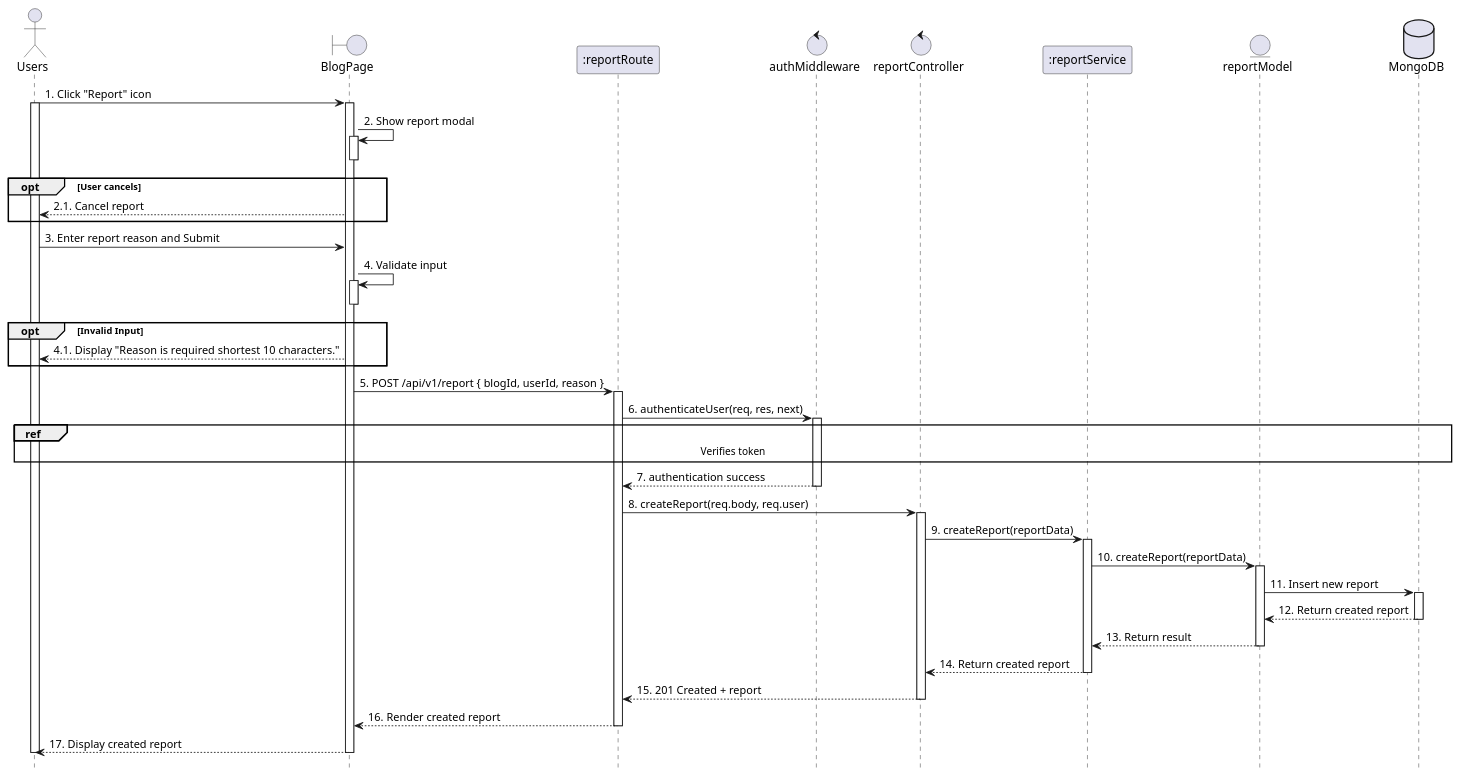
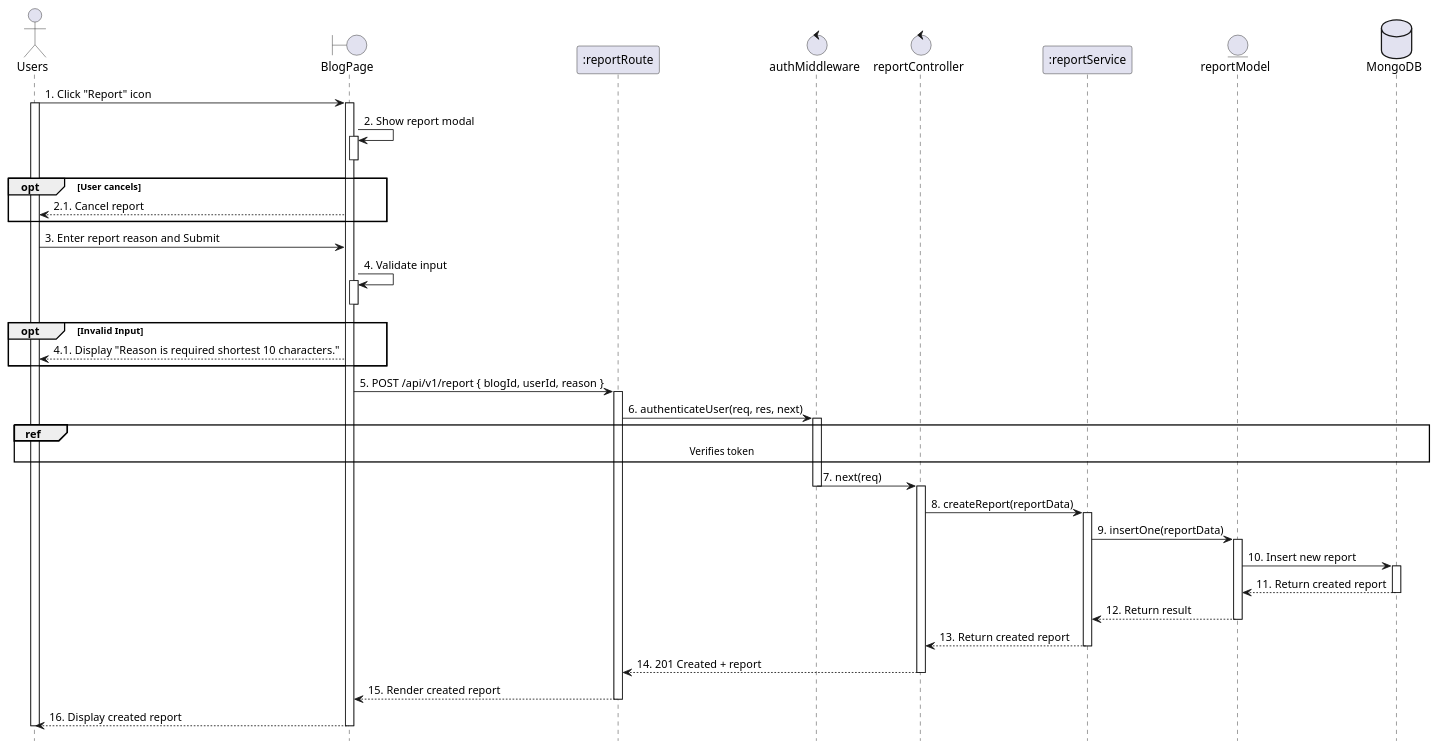
Before and after one commit to VietDurian/VietDurian: the diagram in planuml/web/19.1_createReport.puml, drawn with PlantUML. The commit also changed 18 other files, not shown here.

```diff
--- a/planuml/web/19.1_createReport.puml
+++ b/planuml/web/19.1_createReport.puml
@@ -1,73 +1,70 @@
 @startuml CreateReport
 
 actor User as "Users"
 boundary "BlogPage" as View 
 participant ":reportRoute" as Route 
 control "authMiddleware" as Auth 
 control "reportController" as Controller 
 participant ":reportService" as Service 
 entity "reportModel" as Model 
 database "MongoDB" as MongoDB 
 hide footbox
 
     User -> View: 1. Click "Report" icon 
     activate User
     activate View
 
     View -> View: 2. Show report modal
     activate View
     deactivate View
         opt User cancels
         View --> User: 2.1. Cancel report
     end
 
     User -> View: 3. Enter report reason and Submit
     View -> View: 4. Validate input
     activate View
     deactivate View
     opt Invalid Input
         View --> User: 4.1. Display "Reason is required shortest 10 characters."
     end
 
     View -> Route: 5. POST /api/v1/report { blogId, userId, reason }
     activate Route
     Route -> Auth: 6. authenticateUser(req, res, next)
     activate Auth
     ref over User, MongoDB : Verifies token
 
-
-    Auth --> Route: 7. authentication success
+    Auth -> Controller: 7. next(req)
     deactivate Auth
-
-    Route -> Controller: 8. createReport(req.body, req.user)
     activate Controller
 
-    Controller -> Service: 9. createReport(reportData)
+    Controller -> Service: 8. createReport(reportData)
     activate Service
 
-    Service -> Model: 10. createReport(reportData)
+    Service -> Model: 9. insertOne(reportData)
     activate Model
 
-    Model -> MongoDB: 11. Insert new report
+    Model -> MongoDB: 10. Insert new report
     activate MongoDB
-    MongoDB --> Model: 12. Return created report
+    MongoDB --> Model: 11. Return created report
     deactivate MongoDB
 
-    Model --> Service: 13. Return result
+    Model --> Service: 12. Return result
     deactivate Model
 
-    Service --> Controller: 14. Return created report
+    Service --> Controller: 13. Return created report
     deactivate Service
 
-    Controller --> Route: 15. 201 Created + report
+    Controller --> Route: 14. 201 Created + report
     deactivate Controller
 
-    Route --> View: 16. Render created report
+    Route --> View: 15. Render created report
     deactivate Route
 
-    View --> User: 17. Display created report
+    View --> User: 16. Display created report
     deactivate View
     deactivate User
 
 
 @enduml
```
